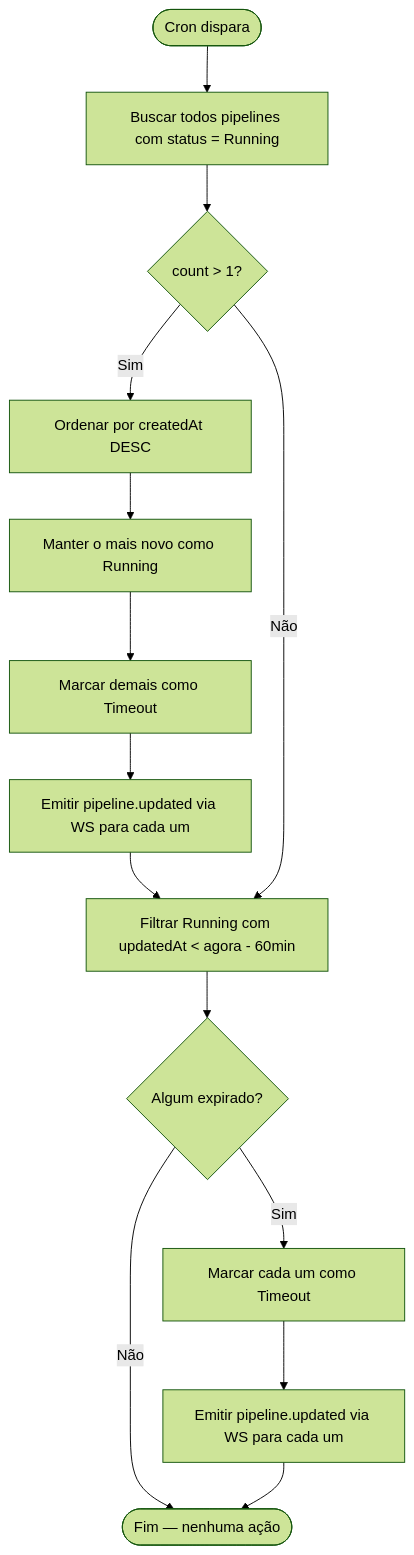
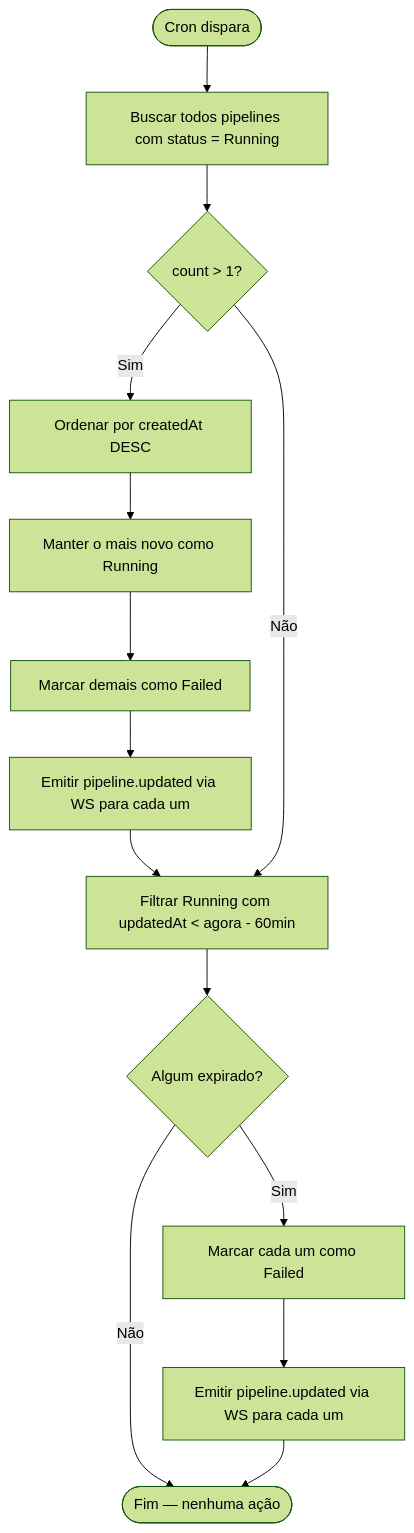
One commit to adaptwebtech/monitor-deploy changed the fifth of 6 diagrams in docs/specs/workflow-timeout.md. Above: the diagram before and after it, drawn with Mermaid (forest theme). The commit also changed other lines of this file and 11 other files, not shown here.

First line of the commit message:
refactor: replace Timeout status with Failed across the stack

````diff
--- a/docs/specs/workflow-timeout.md
+++ b/docs/specs/workflow-timeout.md
@@ -208,18 +205,18 @@
 ```mermaid
 flowchart TD
     Start([Cron dispara]) --> FetchRunning[Buscar todos pipelines com status = Running]
     FetchRunning --> CountCheck{count > 1?}
 
     CountCheck -->|Sim| SortByDate[Ordenar por createdAt DESC]
     SortByDate --> KeepNewest[Manter o mais novo como Running]
-    KeepNewest --> MarkDuplicates[Marcar demais como Timeout]
+    KeepNewest --> MarkDuplicates[Marcar demais como Failed]
     MarkDuplicates --> EmitDuplicates[Emitir pipeline.updated via WS para cada um]
     EmitDuplicates --> FilterStale
 
     CountCheck -->|Não| FilterStale[Filtrar Running com updatedAt < agora - 60min]
     FilterStale --> StaleCheck{Algum expirado?}
     StaleCheck -->|Não| End([Fim — nenhuma ação])
-    StaleCheck -->|Sim| MarkStale[Marcar cada um como Timeout]
+    StaleCheck -->|Sim| MarkStale[Marcar cada um como Failed]
     MarkStale --> EmitStale[Emitir pipeline.updated via WS para cada um]
     EmitStale --> End
 ```
````
